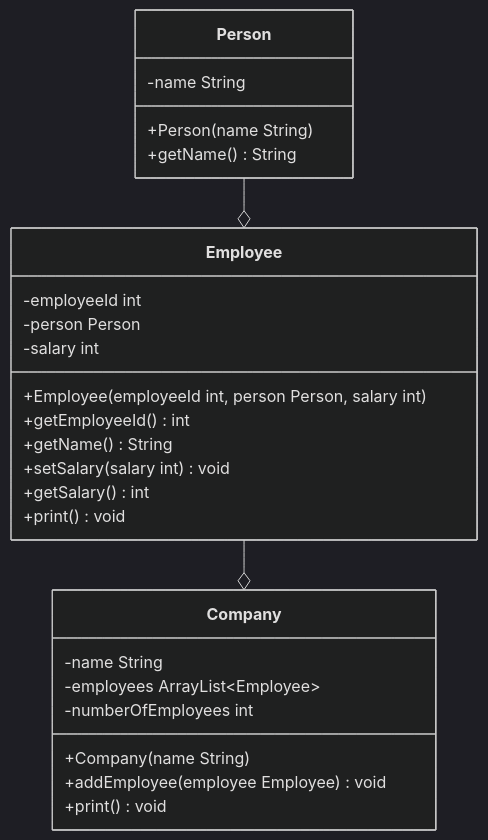
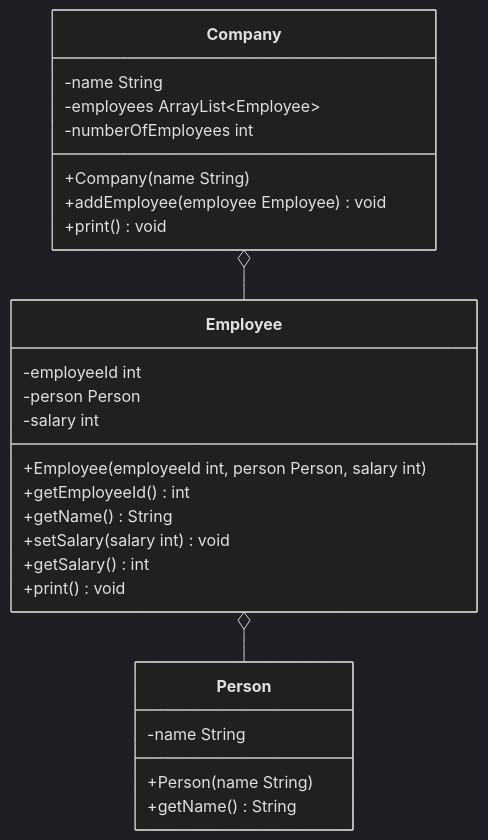
The diagram in docs/exercises/uml/class-diagrams04.md (jappuccini/java-docs), drawn with Mermaid (dark theme) before and after one commit.

````diff
--- a/docs/exercises/uml/class-diagrams04.md
+++ b/docs/exercises/uml/class-diagrams04.md
@@ -14,32 +14,32 @@
 ```mermaid
 classDiagram
-    Employee --o Company
-    Person --o Employee
+    Company o-- Employee
+    Employee o-- Person
 
     class Company {
         -name String
         -employees ArrayList~Employee~
         -numberOfEmployees int
         +Company(name String)
         +addEmployee(employee Employee) void
         +print() void
     }
 
     class Person {
         -name String
         +Person(name String)
         +getName() String
     }
 
     class Employee {
         -employeeId int
         -person Person
         -salary int
         +Employee(employeeId int, person Person, salary int)
         +getEmployeeId() int
         +getName() String
         +setSalary(salary int) void
         +getSalary() int
         +print() void
     }
 ```
````
